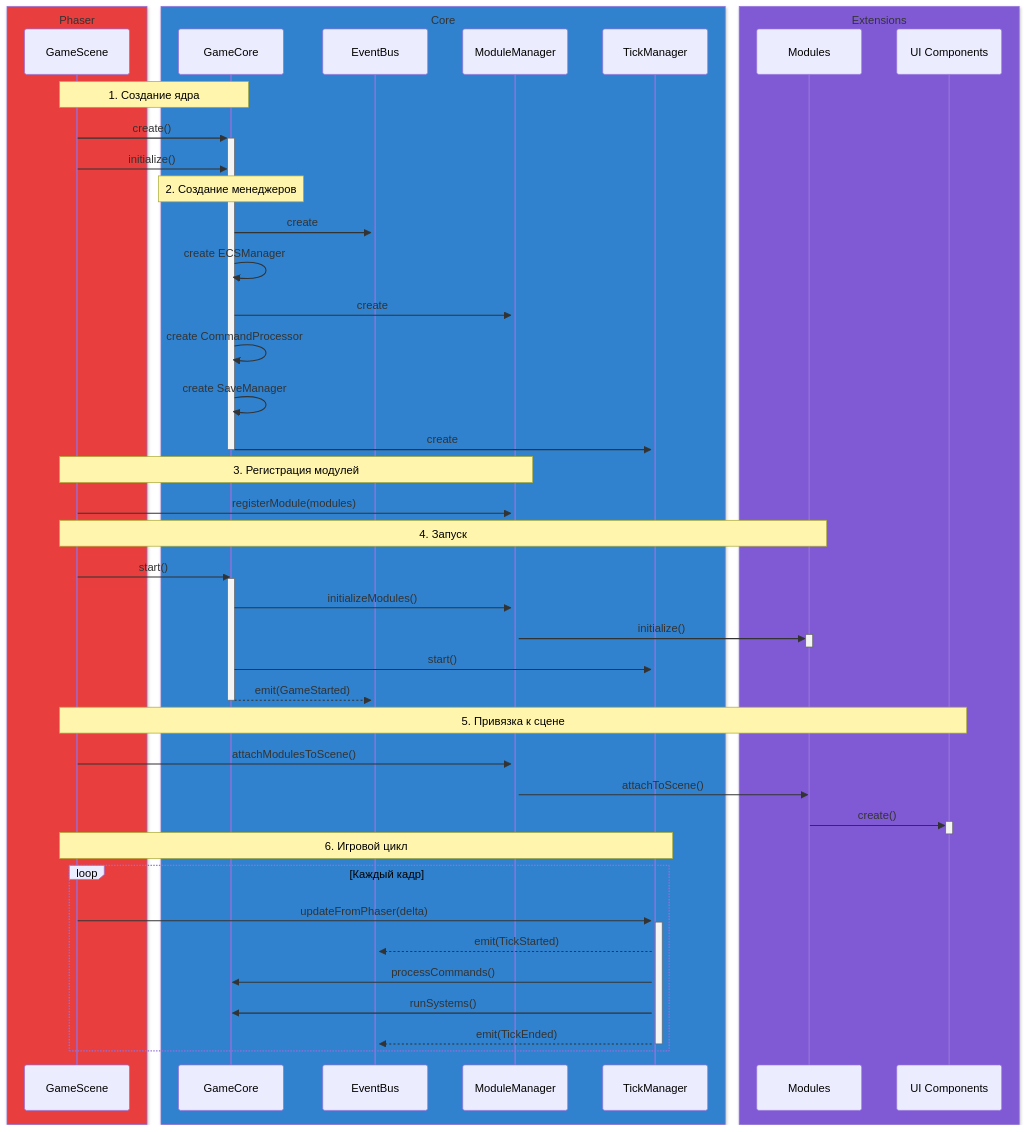
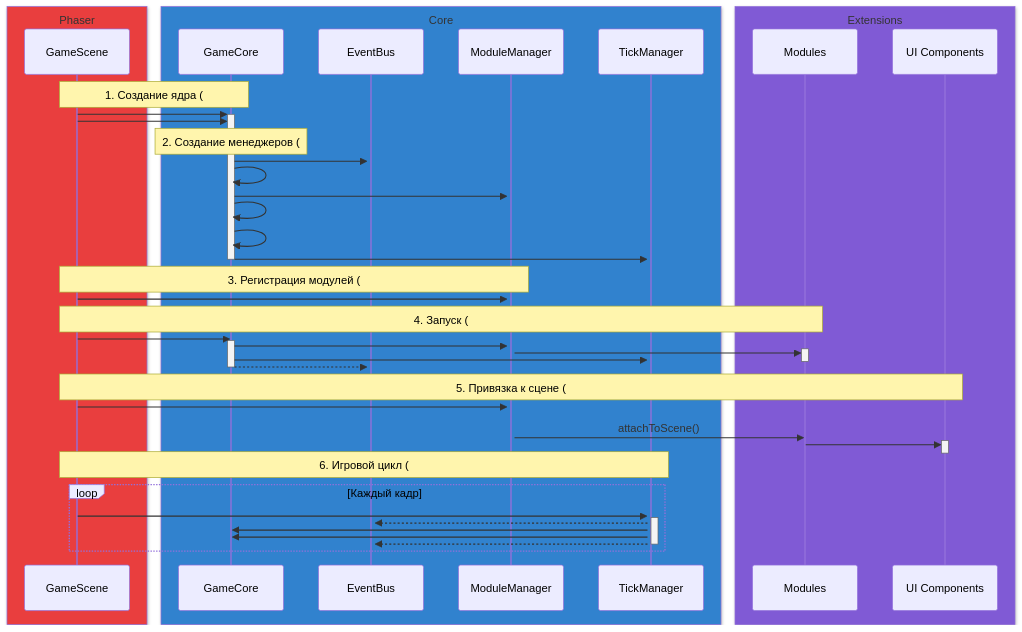
One commit to B415Corp/script-city-mvp changed the third of 4 diagrams in docs/core_schema.md. Above: the diagram before and after it, drawn with Mermaid. The commit also changed other lines of this file, not shown here.

Commit message:
feat: обновлена документация схемы взаимодействий компонентов ядра с добавлением нумерации для упрощения навигации по взаимодействиям, описывающей создание и управление основными компонентами, такими как GameCore, EventBus и TickManager

````diff
--- a/docs/core_schema.md
+++ b/docs/core_schema.md
@@ -225,58 +225,58 @@
 ```mermaid
 sequenceDiagram
     box rgb(233, 62, 62) Phaser
     participant GS as GameScene
     end
     box rgb(49, 130, 206) Core
     participant GC as GameCore
     participant EB as EventBus
     participant MM as ModuleManager
     participant TM as TickManager
     end
     box rgb(128, 90, 213) Extensions
     participant M as Modules
     participant UI as UI Components
     end
 
-    Note over GS,GC: 1. Создание ядра
-    GS->>+GC: create()
-    GS->>GC: initialize()
+    Note over GS,GC: 1. Создание ядра (#34-35)
+    GS->>+GC: #34: create()
+    GS->>GC: #35: initialize()
 
-    Note over GC: 2. Создание менеджеров
-    GC->>+EB: create
-    GC->>GC: create ECSManager
-    GC->>+MM: create
-    GC->>GC: create CommandProcessor
-    GC->>GC: create SaveManager
-    GC->>+TM: create
+    Note over GC: 2. Создание менеджеров (#1-6)
+    GC->>+EB: #1: create EventBus
+    GC->>GC: #2: create ECSManager
+    GC->>+MM: #3: create ModuleManager
+    GC->>GC: #4: create CommandProcessor
+    GC->>GC: #5: create SaveManager
+    GC->>+TM: #6: create TickManager
     deactivate GC
 
-    Note over GS,MM: 3. Регистрация модулей
-    GS->>MM: registerModule(modules)
+    Note over GS,MM: 3. Регистрация модулей (#36)
+    GS->>MM: #36: registerModule(modules)
 
-    Note over GS,M: 4. Запуск
-    GS->>GC: start()
+    Note over GS,M: 4. Запуск (#7, #37)
+    GS->>GC: #37: start()
     activate GC
-    GC->>MM: initializeModules()
-    MM->>+M: initialize()
+    GC->>MM: #7: initializeModules()
+    MM->>+M: #21: initialize()
     deactivate M
-    GC->>TM: start()
-    GC-->>EB: emit(GameStarted)
+    GC->>TM: #8: start()
+    GC-->>EB: #10: emit(GameStarted)
     deactivate GC
 
-    Note over GS,UI: 5. Привязка к сцене
-    GS->>MM: attachModulesToScene()
+    Note over GS,UI: 5. Привязка к сцене (#38, #42-48)
+    GS->>MM: #38: attachModulesToScene()
     MM->>M: attachToScene()
-    M->>+UI: create()
+    M->>+UI: #42-48: create UI
     deactivate UI
 
-    Note over GS,TM: 6. Игровой цикл
+    Note over GS,TM: 6. Игровой цикл (#39)
     loop Каждый кадр
-        GS->>+TM: updateFromPhaser(delta)
-        TM-->>EB: emit(TickStarted)
-        TM->>GC: processCommands()
-        TM->>GC: runSystems()
-        TM-->>EB: emit(TickEnded)
+        GS->>+TM: #39: updateFromPhaser(delta)
+        TM-->>EB: #12: emit(TickStarted)
+        TM->>GC: #15: processCommands()
+        TM->>GC: #16: runSystems()
+        TM-->>EB: #12: emit(TickEnded)
         deactivate TM
     end
 ```
````
